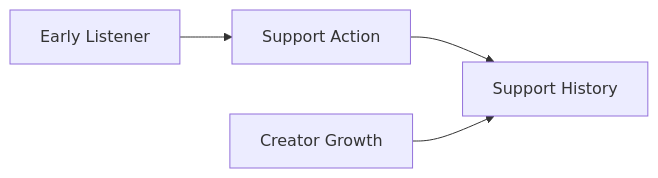
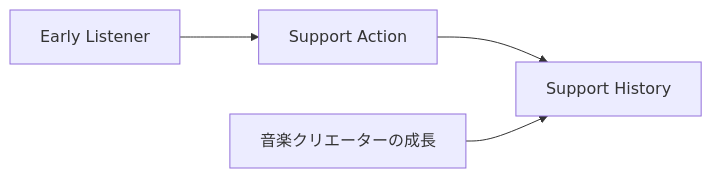
The tenth of 35 diagrams in docs/whitepaper/08-discovery-community.md (ShigeichiroYamasaki/creator-first-platform), drawn with Mermaid before and after one commit. The commit also changed other lines of this file and 67 other files, not shown here.

````diff
--- a/docs/whitepaper/08-discovery-community.md
+++ b/docs/whitepaper/08-discovery-community.md
@@ -366,10 +366,10 @@
 ```mermaid
 flowchart LR
     EARLY[Early Listener]
     ACTION[Support Action]
     HISTORY[Support History]
-    CREATOR[Creator Growth]
+    CREATOR[音楽クリエーターの成長]
 
     EARLY --> ACTION --> HISTORY
     CREATOR --> HISTORY
 ```
````
